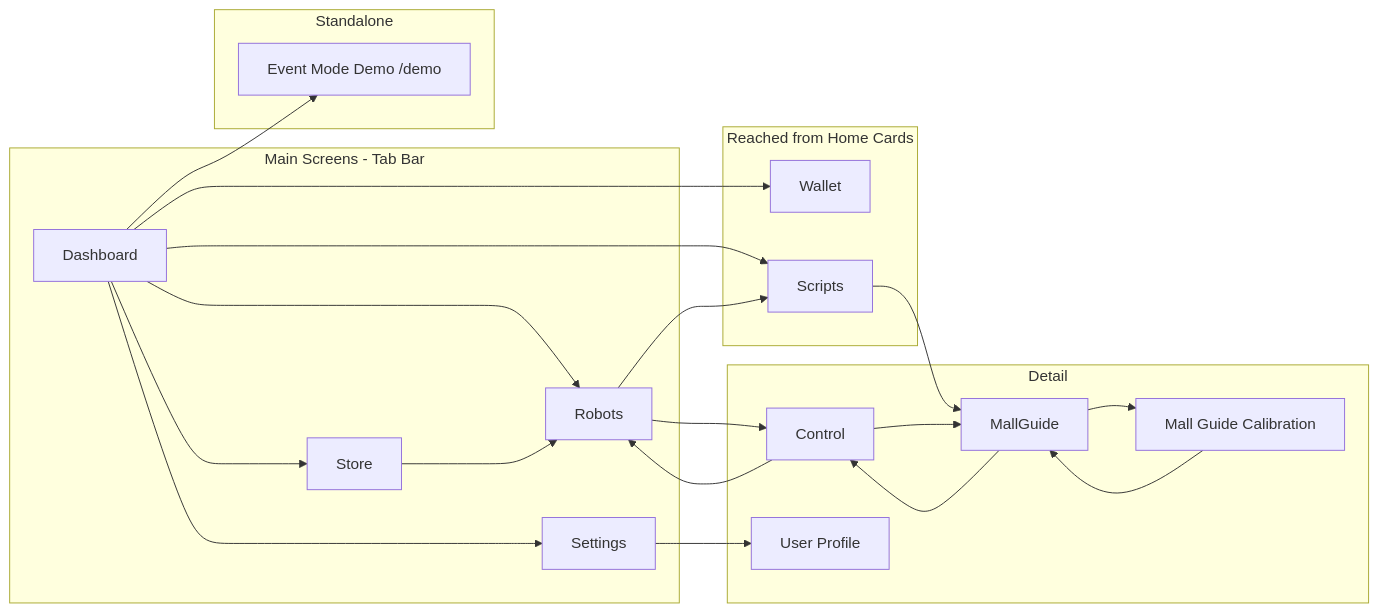
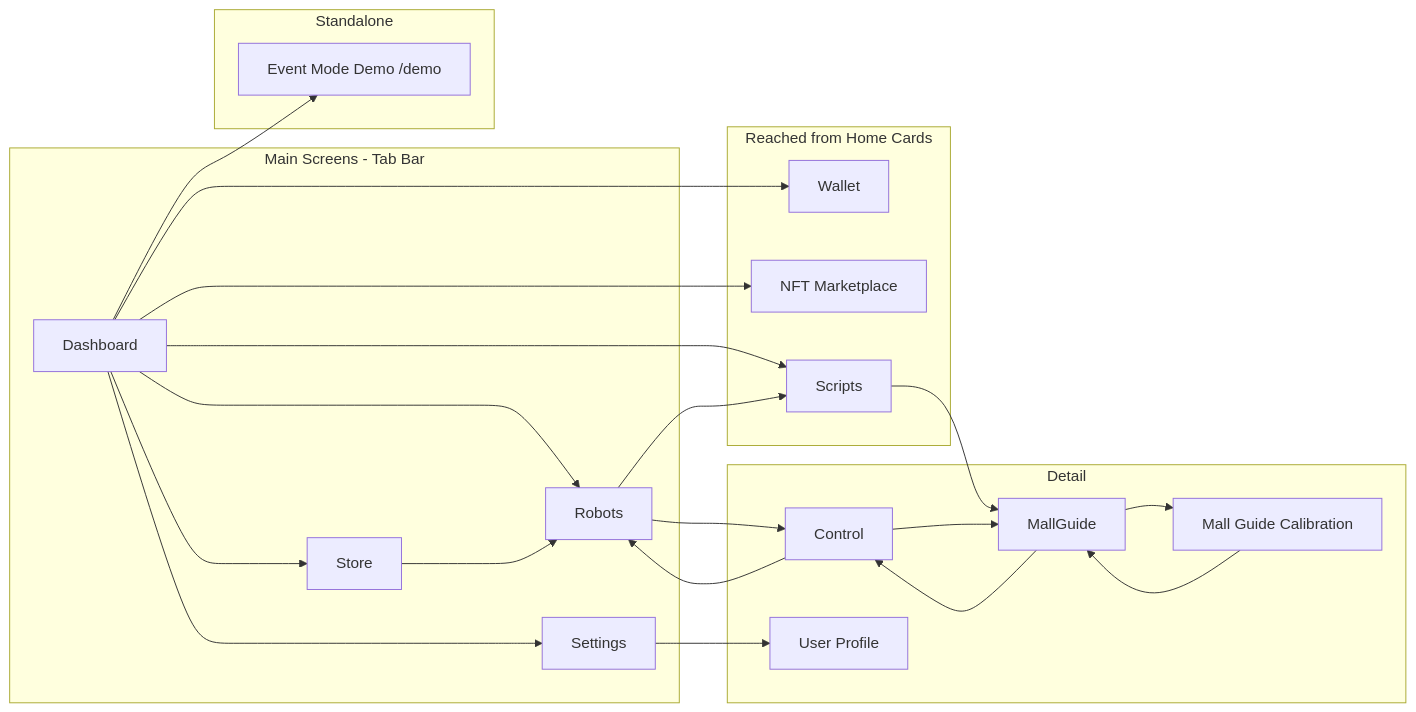
One commit to Saitosar/sai-aurosy-telegram-mini-app changed the second of 2 diagrams in docs/ux/screen-map.md. Above: the diagram before and after it, drawn with Mermaid. The commit also changed other lines of this file and 21 other files, not shown here.

First line of the commit message:
Add NFT Marketplace MVP with Read-Only functionality

````diff
--- a/docs/ux/screen-map.md
+++ b/docs/ux/screen-map.md
@@ -140,39 +145,41 @@
 ```mermaid
 flowchart LR
     subgraph Main [Main Screens - Tab Bar]
         Dashboard
         Robots
         Store
         Settings
     end
 
     subgraph HomeOnly [Reached from Home Cards]
         Wallet
+        NFTMarketplace[NFT Marketplace]
         Scripts
     end
     subgraph Detail [Detail]
         Control
         MallGuide
         MallGuideCal[Mall Guide Calibration]
         UserProfile[User Profile]
     end
     Settings --> UserProfile
     subgraph Standalone [Standalone]
         Demo[Event Mode Demo /demo]
     end
     Dashboard --> Robots
     Dashboard --> Store
     Dashboard --> Settings
     Dashboard --> Wallet
+    Dashboard --> NFTMarketplace
     Dashboard --> Scripts
     Dashboard --> Demo
     Robots --> Control
     Robots --> Scripts
     Scripts --> MallGuide
     MallGuide --> MallGuideCal
     MallGuideCal --> MallGuide
     MallGuide --> Control
     Control --> Robots
     Control --> MallGuide
     Store --> Robots
 ```
````
